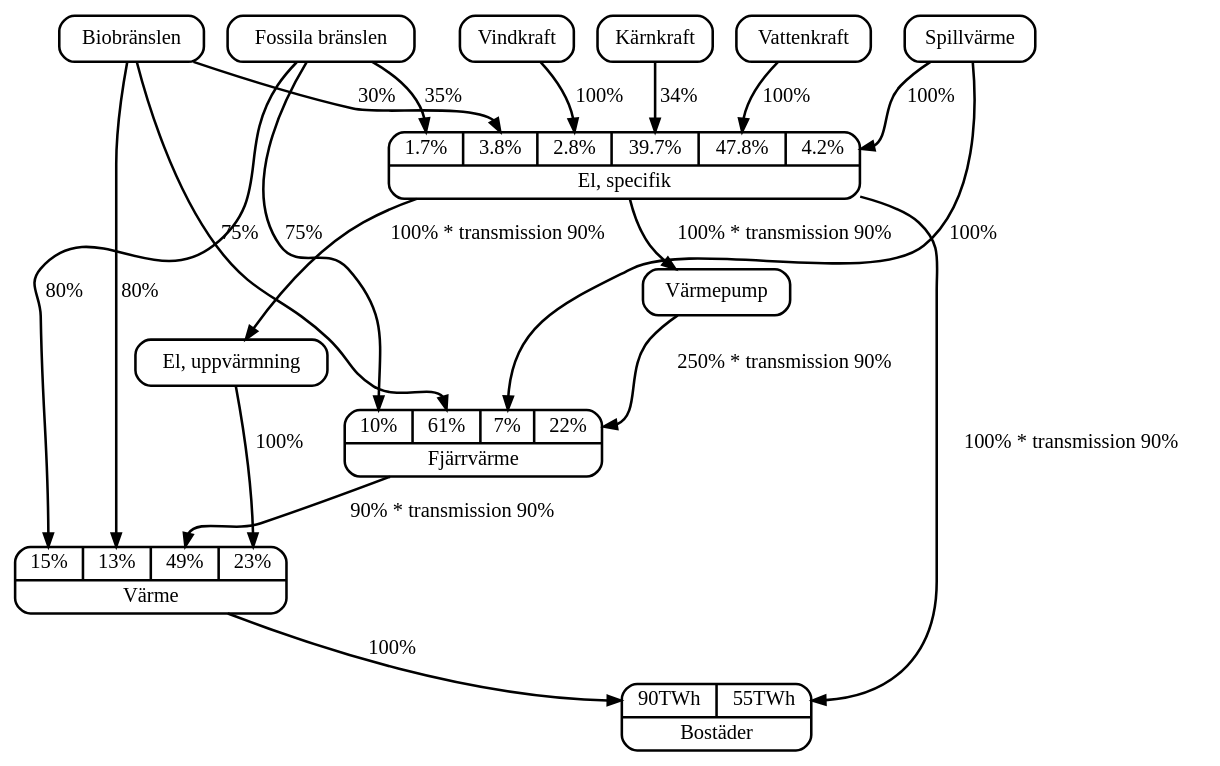
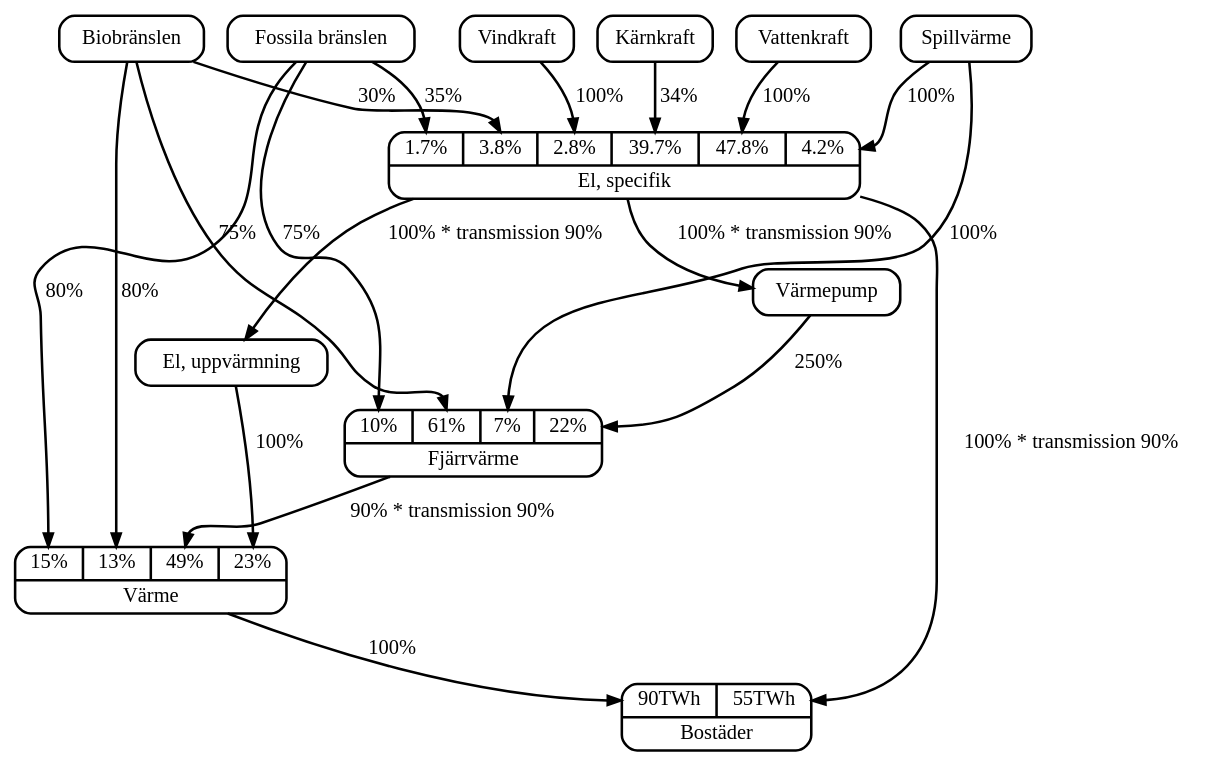
The diagram in report/residences.dot (Hagmar/ENM155-batman), drawn with Graphviz before and after one commit. The commit also changed 2 other files, not shown here.

Commit message:
Update transmission loss from pump

```diff
--- a/report/residences.dot
+++ b/report/residences.dot
@@ -1,52 +1,52 @@
 digraph {
 	edge [fontname="Bitstream Vera Sans",
 		fontsize="16.00",
 		style="bold"]
 
 	node [fontname="Bitstream Vera Sans",
 		fontsize="16.00",
 		shape=Mrecord,
 		style="bold,filled",
 		fillcolor=white];
 	edge [style=bold];
 
 	subgraph residences {
 		fossil [label = "Fossila bränslen"];
 		bio [label = "Biobränslen"];
 		nuclear [label = "Kärnkraft"];
 		water [label = "Vattenkraft"];
 		wind [label = "Vindkraft"];
 		spill [label = "Spillvärme"];
 		pump [label = "Värmepump"];
 
 		district_heating [label = "{{<fossil> 10% | <bio> 61% | <spill> 7% | <pump> 22% } |Fjärrvärme}"];
 		el_spec [label = "{{<fossil> 1.7% | <bio> 3.8% | <wind> 2.8% | <nuclear> 39.7% | <water> 47.8% | <spill> 4.2% } | El, specifik}"];
 		el_heat [label = "El, uppvärmning"];
 		heating [label ="{{<fossil> 15% | <bio> 13% | <district> 49% | <el_heat> 23%} | Värme}"];
 		residences [label = "{{<heating> 90TWh | <el_spec>55TWh} | Bostäder}"];
 
 		fossil -> district_heating:fossil [label = "75%"];
 		bio -> district_heating:bio [label = "75%"];
 		spill -> district_heating:spill [label = "100%"];
-		pump -> district_heating:pump [label = "250% * transmission 90%"];
+		pump -> district_heating:pump [label = "250%"];
 
 		fossil -> heating:fossil [label = "80%"];
 		bio -> heating:bio [label = "80%"];
 		district_heating -> heating:district [label = "90% * transmission 90%"];
 		el_heat -> heating:el_heat [label = "100%"];
 
 		heating -> residences:heating [label = "100%"];
 
 		fossil -> el_spec:fossil [label = "35%"];
 		bio -> el_spec:bio [label = "30%"];
 		wind -> el_spec:wind [label = "100%"];
 		nuclear -> el_spec:nuclear [label = "34%"];
 		water -> el_spec:water [label = "100%"];
 		spill -> el_spec:spill [label = "100%"];
 
 		el_spec -> el_heat [label = "100% * transmission 90%"];
 
 		el_spec -> pump [label = "100% * transmission 90%"];
 		el_spec -> residences:el_spec [label = "100% * transmission 90%"];
 	}
 }
```
